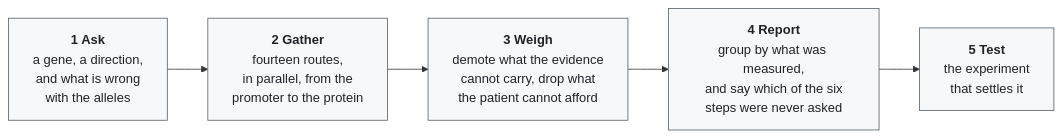
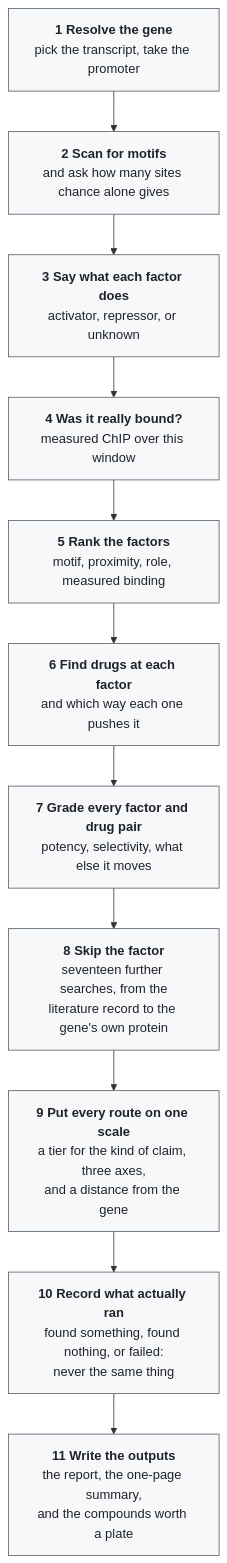
One commit to kjmartin44/Martins changed the diagram in README.md. Above: the diagram before and after it, drawn with Mermaid. The commit also changed other lines of this file and 48 other files, not shown here.

````diff
--- a/README.md
+++ b/README.md
@@ -19,11 +19,17 @@
 ```mermaid
-flowchart LR
-    A["<b>1 Ask</b><br/>a gene, a direction,<br/>and what is wrong<br/>with the alleles"]
-    B["<b>2 Gather</b><br/>fourteen routes,<br/>in parallel, from the<br/>promoter to the protein"]
-    C["<b>3 Weigh</b><br/>demote what the evidence<br/>cannot carry, drop what<br/>the patient cannot afford"]
-    D["<b>4 Report</b><br/>group by what was measured,<br/>and say which of the six<br/>steps were never asked"]
-    E["<b>5 Test</b><br/>the experiment<br/>that settles it"]
-    A --> B --> C --> D --> E
+flowchart TD
+    S1["<b>1 Resolve the gene</b><br/>pick the transcript, take the promoter"]
+    S2["<b>2 Scan for motifs</b><br/>and ask how many sites chance alone gives"]
+    S3["<b>3 Say what each factor does</b><br/>activator, repressor, or unknown"]
+    S4["<b>4 Was it really bound?</b><br/>measured ChIP over this window"]
+    S5["<b>5 Rank the factors</b><br/>motif, proximity, role, measured binding"]
+    S6["<b>6 Find drugs at each factor</b><br/>and which way each one pushes it"]
+    S7["<b>7 Grade every factor and drug pair</b><br/>potency, selectivity, what else it moves"]
+    S8["<b>8 Skip the factor</b><br/>seventeen further searches, from the<br/>literature record to the gene's own protein"]
+    S9["<b>9 Put every route on one scale</b><br/>a tier for the kind of claim, three axes,<br/>and a distance from the gene"]
+    S10["<b>10 Record what actually ran</b><br/>found something, found nothing, or failed:<br/>never the same thing"]
+    S11["<b>11 Write the outputs</b><br/>the report, the one-page summary,<br/>and the compounds worth a plate"]
+    S1 --> S2 --> S3 --> S4 --> S5 --> S6 --> S7 --> S8 --> S9 --> S10 --> S11
     classDef step fill:#f6f8fa,stroke:#57606a,color:#1f2328
-    class A,B,C,D,E step
+    class S1,S2,S3,S4,S5,S6,S7,S8,S9,S10,S11 step
 ```
````
